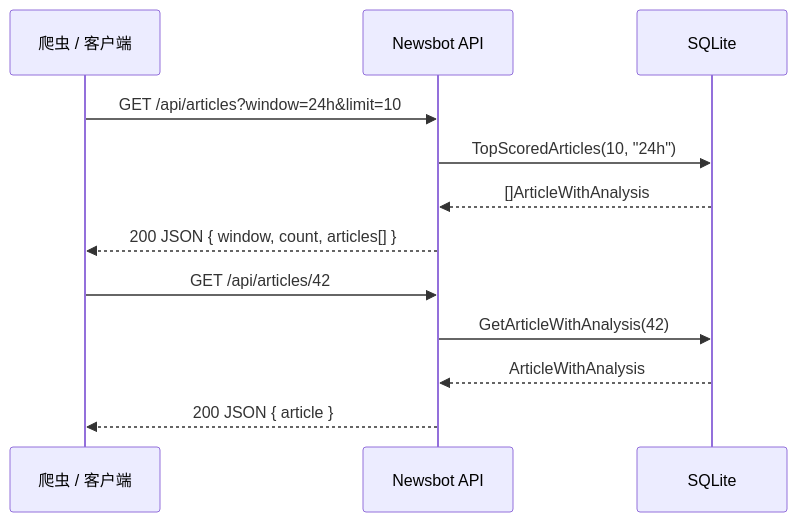
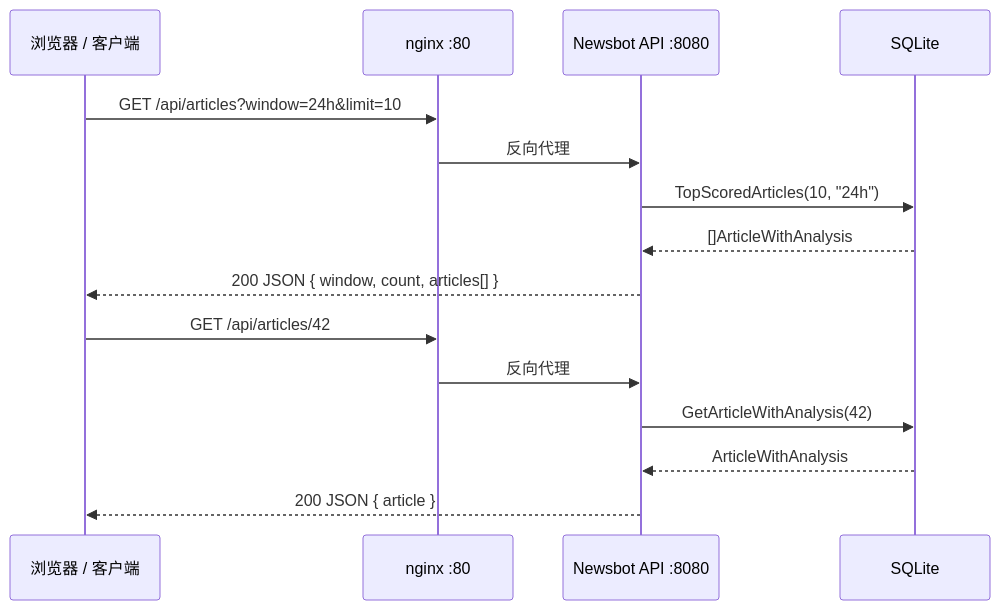
One commit to ChyiYaqing/newsbot changed the third of 3 diagrams in README.md. Above: the diagram before and after it, drawn with Mermaid. The commit also changed other lines of this file and 13 other files, not shown here.

````diff
--- a/README.md
+++ b/README.md
@@ -170,16 +211,19 @@
 ```mermaid
 sequenceDiagram
-    participant Client as 爬虫 / 客户端
-    participant API as Newsbot API
+    participant Client as 浏览器 / 客户端
+    participant Nginx as nginx :80
+    participant API as Newsbot API :8080
     participant DB as SQLite
 
-    Client->>API: GET /api/articles?window=24h&limit=10
+    Client->>Nginx: GET /api/articles?window=24h&limit=10
+    Nginx->>API: 反向代理
     API->>DB: TopScoredArticles(10, "24h")
     DB-->>API: []ArticleWithAnalysis
     API-->>Client: 200 JSON { window, count, articles[] }
 
-    Client->>API: GET /api/articles/42
+    Client->>Nginx: GET /api/articles/42
+    Nginx->>API: 反向代理
     API->>DB: GetArticleWithAnalysis(42)
     DB-->>API: ArticleWithAnalysis
     API-->>Client: 200 JSON { article }
 ```
````
